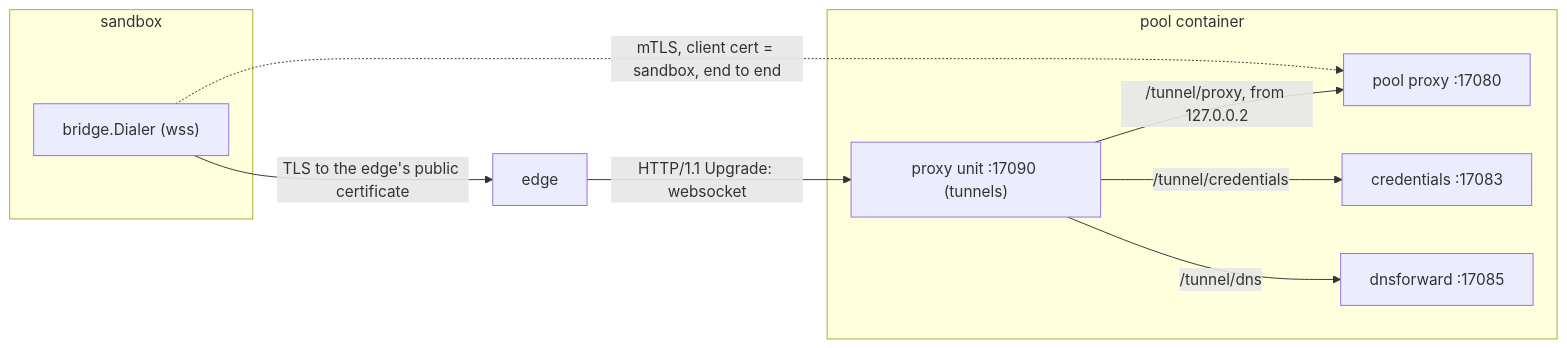
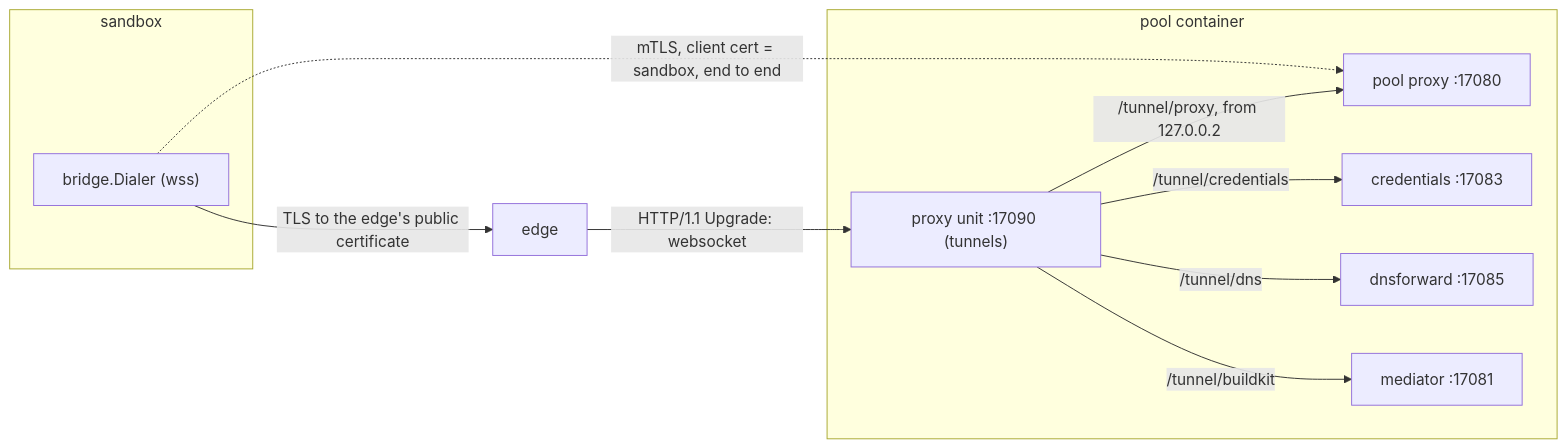
The tenth of 13 diagrams in pool-agent/DESIGN.md (discobox-ai/discobox), drawn with Mermaid before and after one commit. The commit also changed other lines of this file and 52 other files, not shown here.

````diff
--- a/pool-agent/DESIGN.md
+++ b/pool-agent/DESIGN.md
@@ -1504,14 +1504,15 @@
 ```mermaid
 flowchart LR
     subgraph sandbox["sandbox"]
         dialer["bridge.Dialer (wss)"]
     end
     dialer -->|"TLS to the edge's public certificate"| edge["edge"]
     edge -->|"HTTP/1.1 Upgrade: websocket"| tun["proxy unit :17090 (tunnels)"]
     subgraph pool["pool container"]
         tun -->|"/tunnel/proxy, from 127.0.0.2"| p["pool proxy :17080"]
         tun -->|"/tunnel/credentials"| c["credentials :17083"]
         tun -->|"/tunnel/dns"| d["dnsforward :17085"]
+        tun -->|"/tunnel/buildkit"| m["mediator :17081"]
     end
     dialer -. "mTLS, client cert = sandbox, end to end" .-> p
 ```
````
